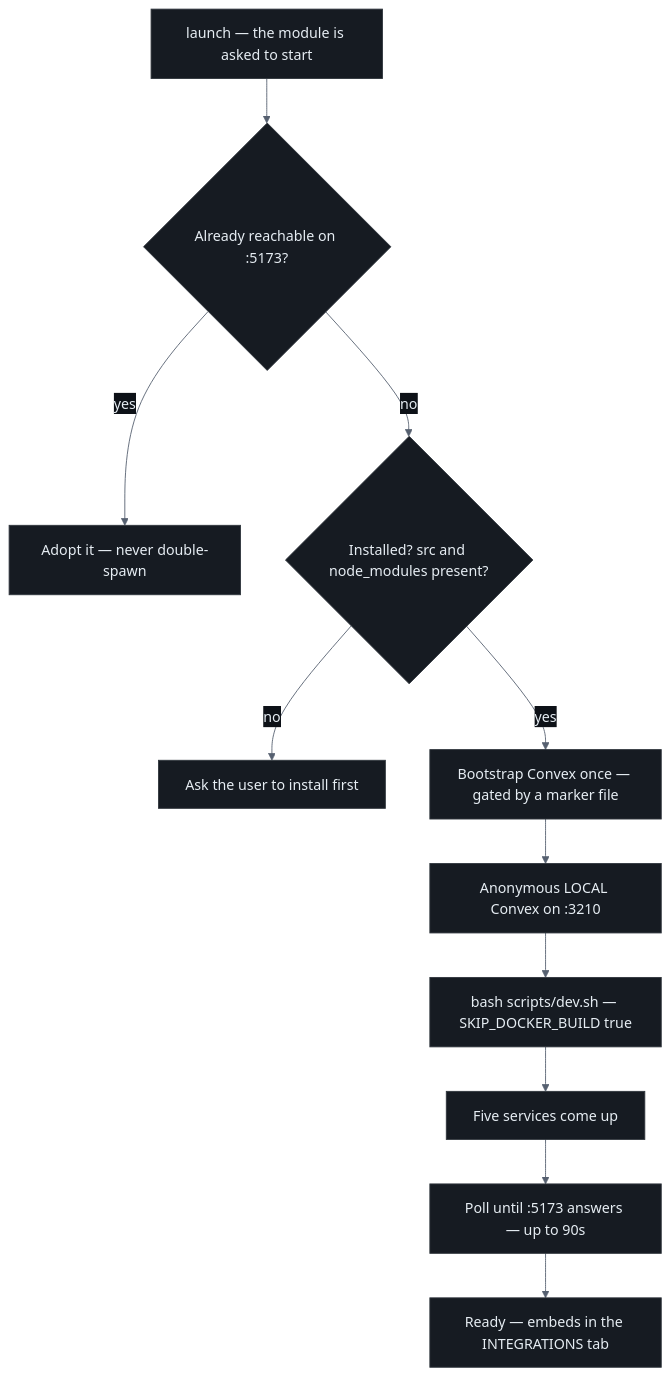
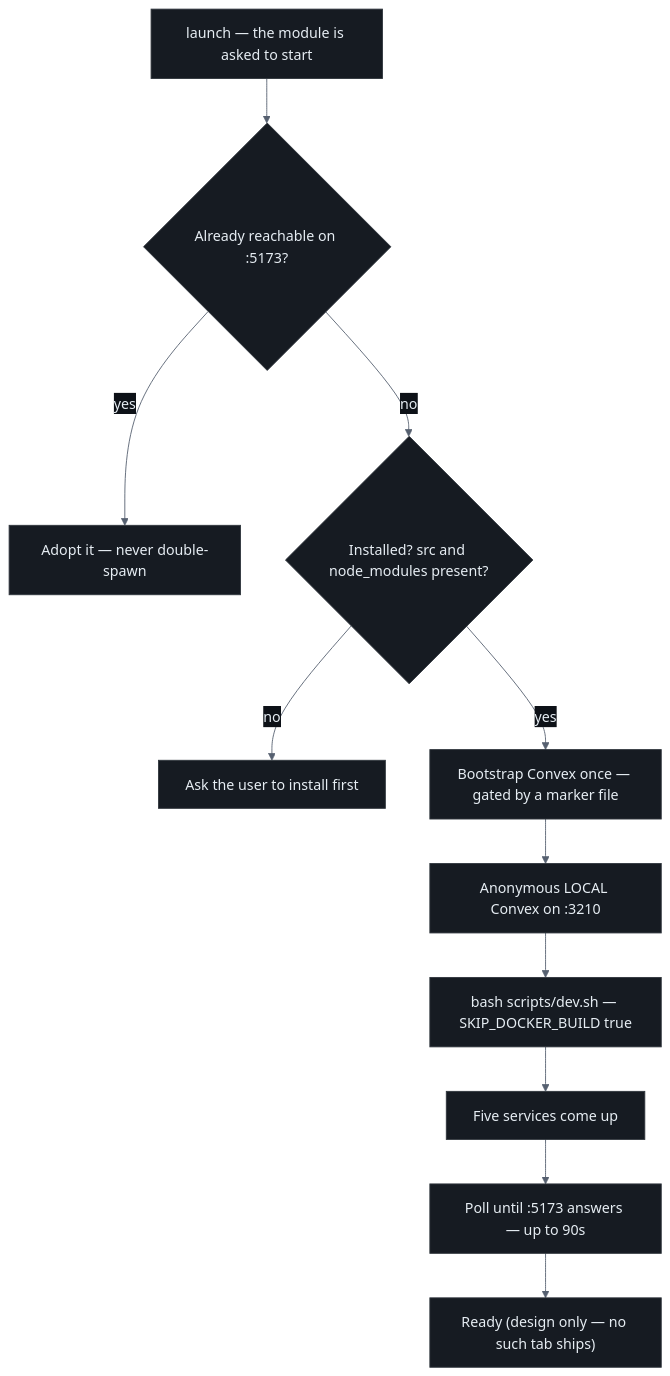
Before and after one commit to devclone20/cloneframe_app_executable: the ninth of 11 diagrams in docs/ARCHITECTURE.md, drawn with Mermaid. The commit also changed other lines of this file and 3 other files, not shown here.

````diff
--- a/docs/ARCHITECTURE.md
+++ b/docs/ARCHITECTURE.md
@@ -288,14 +289,14 @@
 ```mermaid
 %%{init: {'theme':'base','themeVariables':{'background':'#0d1117','mainBkg':'#161b22','primaryColor':'#161b22','primaryBorderColor':'#ff3b30','primaryTextColor':'#e6edf3','nodeBorder':'#30363d','nodeTextColor':'#e6edf3','lineColor':'#566070','secondaryColor':'#161b22','tertiaryColor':'#0d1117','clusterBkg':'#10151c','clusterBorder':'#30363d','titleColor':'#e6edf3','edgeLabelBackground':'#0d1117','fontFamily':'ui-monospace, SFMono-Regular, Menlo, monospace','actorBkg':'#161b22','actorBorder':'#ff3b30','actorTextColor':'#e6edf3','signalColor':'#8b949e','signalTextColor':'#c9d1d9','labelBoxBkgColor':'#161b22','labelBoxBorderColor':'#30363d','labelTextColor':'#e6edf3','loopTextColor':'#e6edf3','noteBkgColor':'#1c2028','noteBorderColor':'#e8b86d','noteTextColor':'#c9d1d9','activationBkgColor':'#30363d','activationBorderColor':'#8b949e','sequenceNumberColor':'#0d1117'}}}%%
 flowchart TB
     START["launch — the module is asked to start"] --> R{"Already reachable on :5173?"}
     R -->|yes| ADOPT["Adopt it — never double-spawn"]
     R -->|no| CHK{"Installed? src and node_modules present?"}
     CHK -->|no| ERR["Ask the user to install first"]
     CHK -->|yes| BOOT["Bootstrap Convex once — gated by a marker file"]
     BOOT --> CONVEX["Anonymous LOCAL Convex on :3210"]
     CONVEX --> DEV["bash scripts/dev.sh — SKIP_DOCKER_BUILD true"]
     DEV --> SVC["Five services come up"]
     SVC --> POLL["Poll until :5173 answers — up to 90s"]
-    POLL --> READY["Ready — embeds in the INTEGRATIONS tab"]
+    POLL --> READY["Ready (design only — no such tab ships)"]
 ```
````
